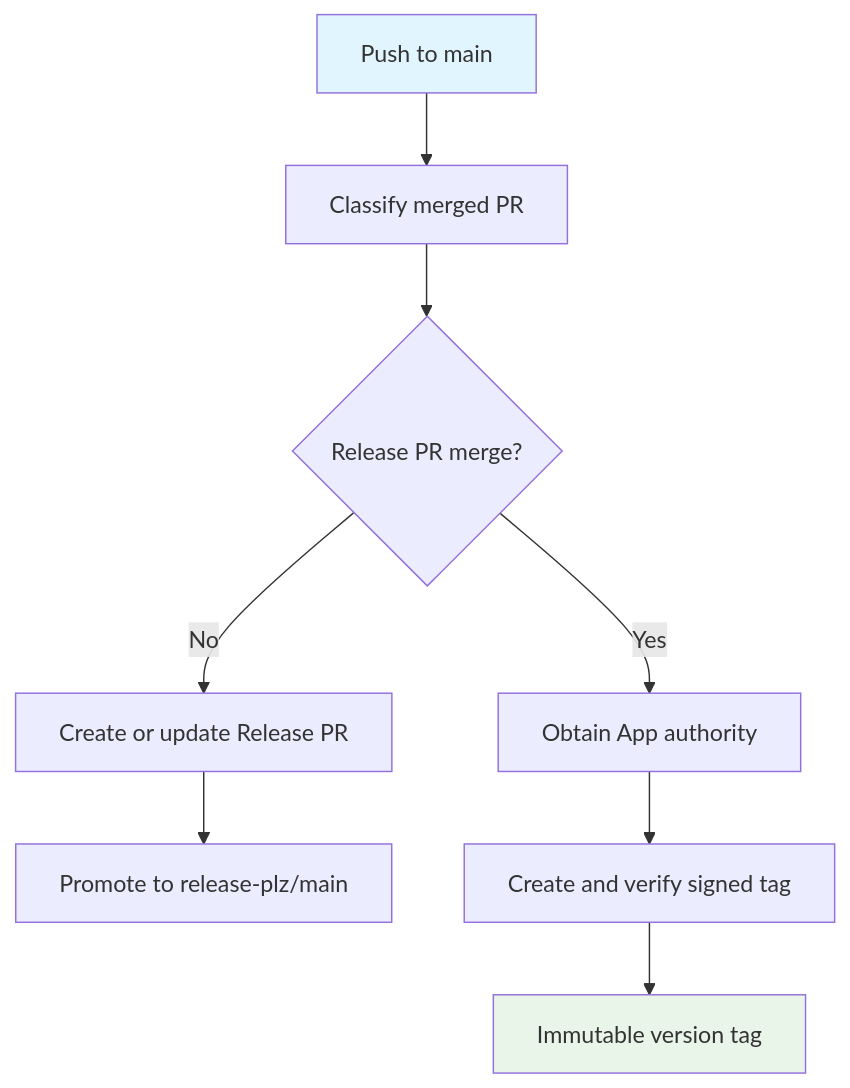
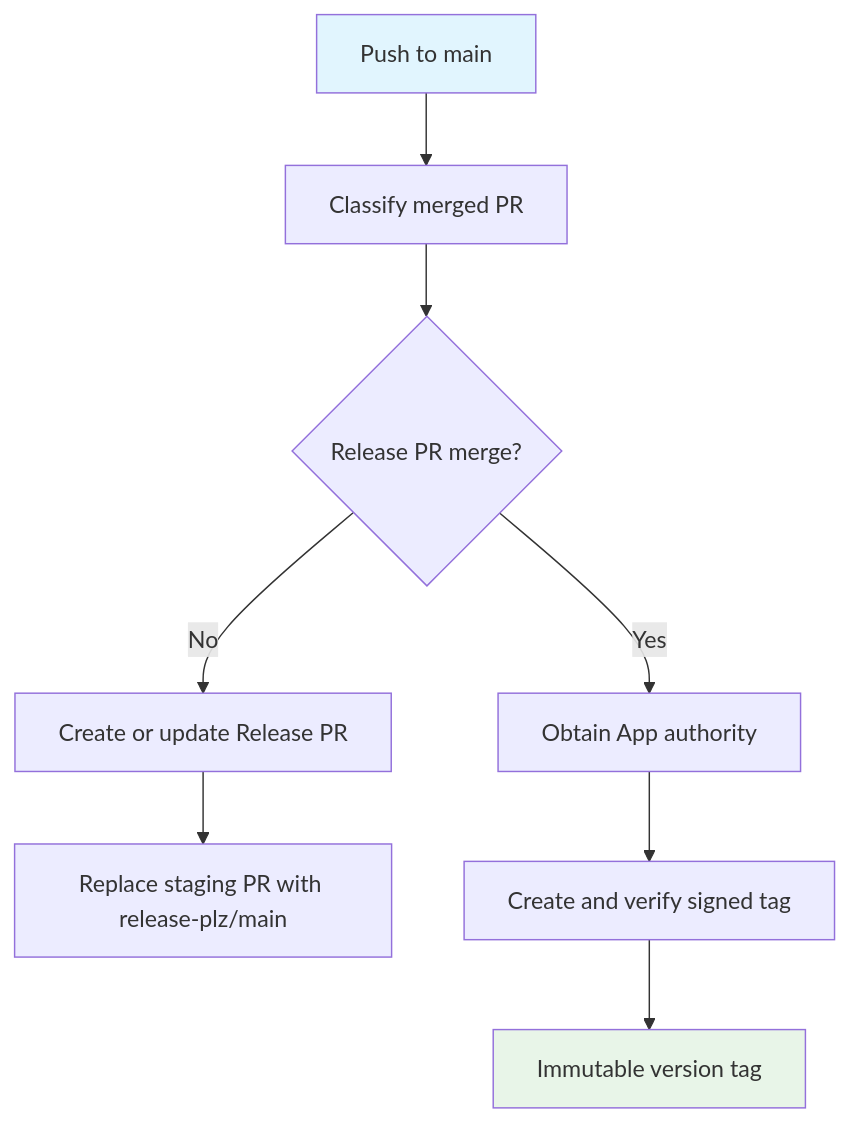
Before and after one commit to runrly/zwd: the diagram in docs/specs/spec-process-cicd-release-pr.md, drawn with Mermaid. The commit also changed other lines of this file and 5 other files, not shown here.

Commit message:
fix(release): replace staging release pr

````diff
--- a/docs/specs/spec-process-cicd-release-pr.md
+++ b/docs/specs/spec-process-cicd-release-pr.md
@@ -18,12 +18,12 @@
 ```mermaid
 graph TD
     A[Push to main] --> B[Classify merged PR]
     B --> C{Release PR merge?}
     C -->|No| D[Create or update Release PR]
-    D --> P[Promote to release-plz/main]
+    D --> P[Replace staging PR with release-plz/main]
     C -->|Yes| E[Obtain App authority]
     E --> F[Create and verify signed tag]
     F --> G[Immutable version tag]
     style A fill:#e1f5fe
     style G fill:#e8f5e8
 ```
````
